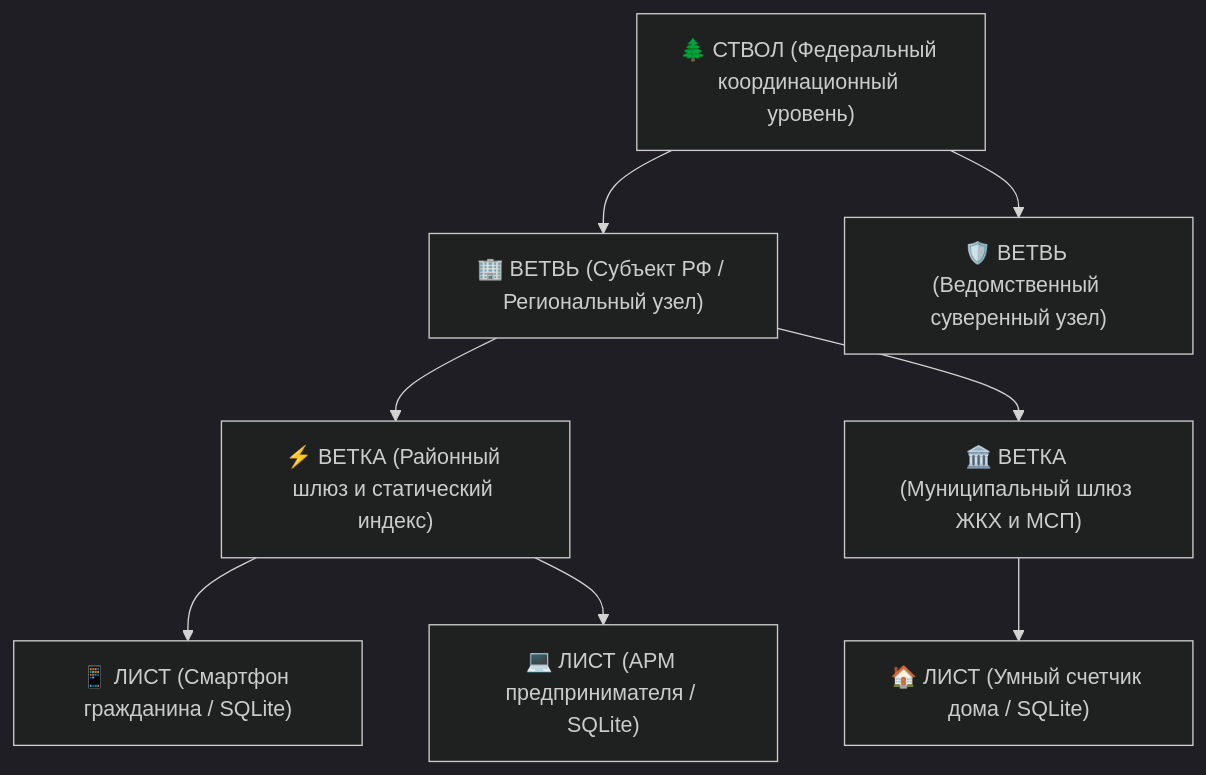
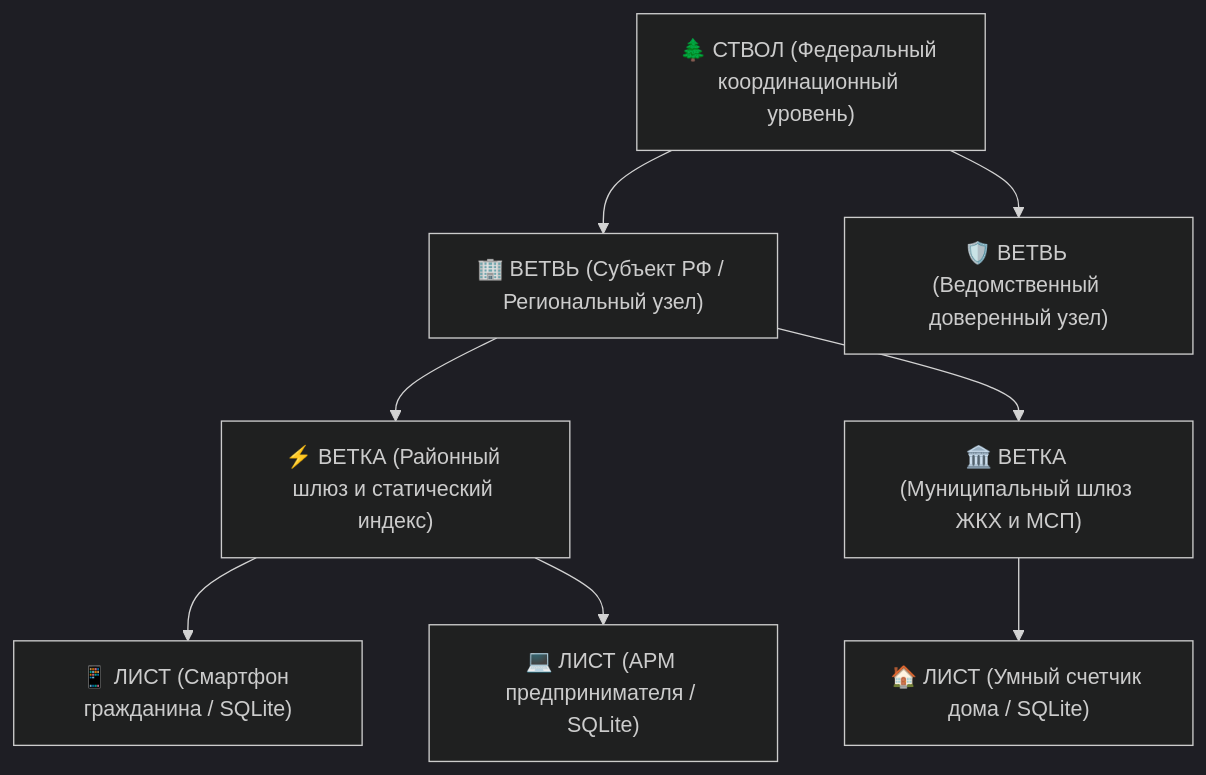
Before and after one commit to Data-Independence-Network/presentations: the second of 2 diagrams in shared_docs/whitepapers/01_platform_overview_whitepaper.md, drawn with Mermaid (dark theme). The commit also changed other lines of this file and 81 other files, not shown here.

````diff
--- a/shared_docs/whitepapers/01_platform_overview_whitepaper.md
+++ b/shared_docs/whitepapers/01_platform_overview_whitepaper.md
@@ -96,19 +96,19 @@
 ```mermaid
 graph TD
     Root["🌲 СТВОЛ (Федеральный координационный уровень)"]
     Branch1["🏢 ВЕТВЬ (Субъект РФ / Региональный узел)"]
-    Branch2["🛡️ ВЕТВЬ (Ведомственный суверенный узел)"]
+    Branch2["🛡️ ВЕТВЬ (Ведомственный доверенный узел)"]
     SubBranch1["⚡ ВЕТКА (Районный шлюз и статический индекс)"]
     SubBranch2["🏛️ ВЕТКА (Муниципальный шлюз ЖКХ и МСП)"]
     Leaf1["📱 ЛИСТ (Смартфон гражданина / SQLite)"]
     Leaf2["💻 ЛИСТ (АРМ предпринимателя / SQLite)"]
     Leaf3["🏠 ЛИСТ (Умный счетчик дома / SQLite)"]
 
     Root --> Branch1
     Root --> Branch2
     Branch1 --> SubBranch1
     Branch1 --> SubBranch2
     SubBranch1 --> Leaf1
     SubBranch1 --> Leaf2
     SubBranch2 --> Leaf3
 ```
````
